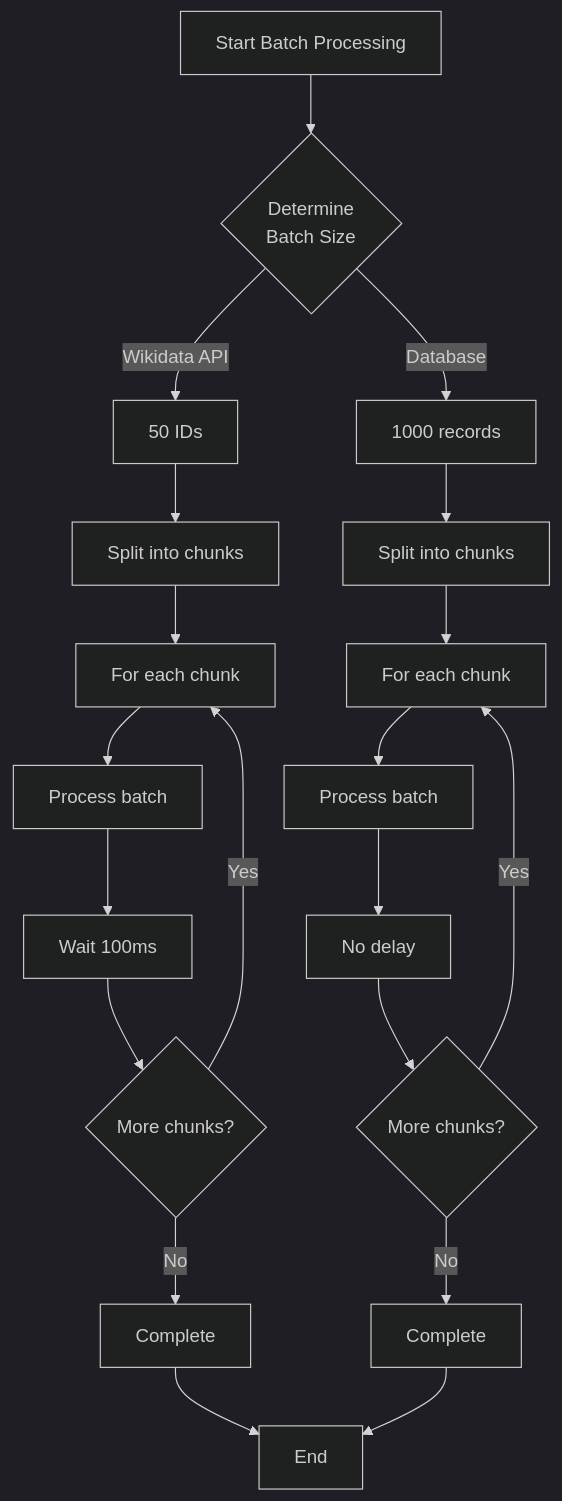
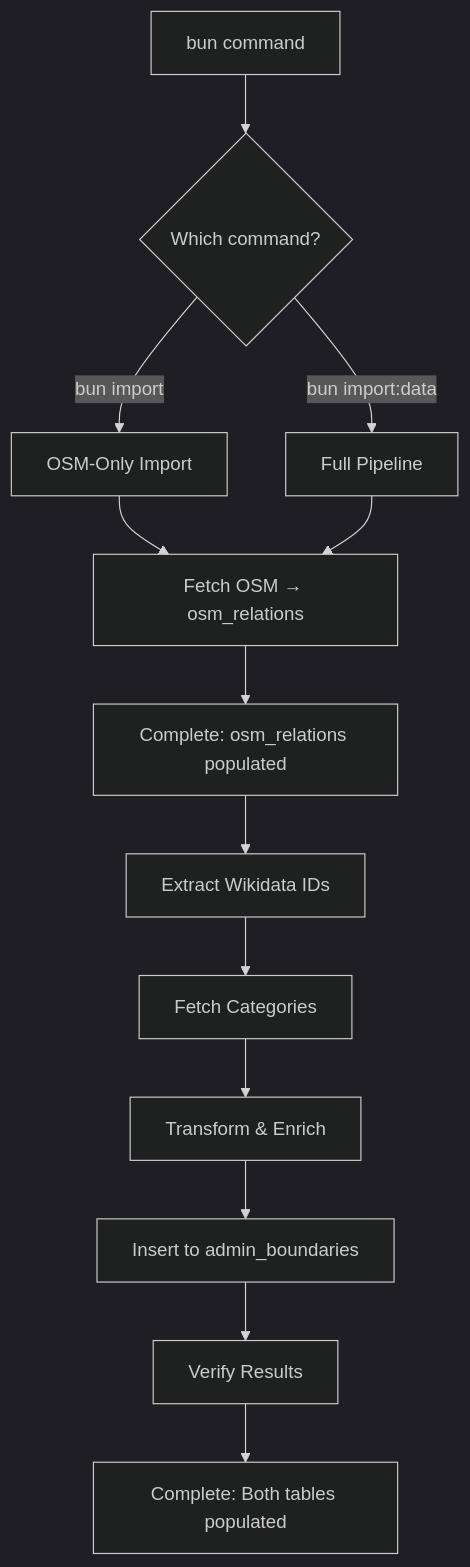
One commit to DaxServer/geocode-commons-categories changed the eighth of 8 diagrams in docs/import/data-flow.md. Above: the diagram before and after it, drawn with Mermaid (dark theme). The commit also changed other lines of this file and 11 other files, not shown here.

````diff
--- a/docs/import/data-flow.md
+++ b/docs/import/data-flow.md
@@ -405,31 +258,18 @@
 ```mermaid
-graph TD
-    START[Start Batch Processing] --> SIZE{Determine<br/>Batch Size}
+graph TB
+    CLI[bun command] --> DECISION{Which command?}
 
-    SIZE -->|Wikidata API| BATCH_WD[50 IDs]
-    SIZE -->|Database| BATCH_DB[1000 records]
+    DECISION -->|bun import| OSM_ONLY[OSM-Only Import]
+    DECISION -->|bun import:data| FULL_PIPELINE[Full Pipeline]
 
-    BATCH_WD --> SPLIT_WD[Split into chunks]
-    BATCH_DB --> SPLIT_DB[Split into chunks]
+    OSM_ONLY --> S1[Fetch OSM → osm_relations]
+    S1 --> OSM_DONE[Complete: osm_relations populated]
 
-    SPLIT_WD --> LOOP_WD[For each chunk]
-    SPLIT_DB --> LOOP_DB[For each chunk]
-
-    LOOP_WD --> PROCESS_WD[Process batch]
-    LOOP_DB --> PROCESS_DB[Process batch]
-
-    PROCESS_WD --> DELAY_WD[Wait 100ms]
-    PROCESS_DB --> NO_DELAY[No delay]
-
-    DELAY_WD --> MORE_WD{More chunks?}
-    NO_DELAY --> MORE_DB{More chunks?}
-
-    MORE_WD -->|Yes| LOOP_WD
-    MORE_DB -->|Yes| LOOP_DB
-
-    MORE_WD -->|No| COMPLETE_WD[Complete]
-    MORE_DB -->|No| COMPLETE_DB[Complete]
-
-    COMPLETE_WD --> END[End]
-    COMPLETE_DB --> END
+    FULL_PIPELINE --> S1
+    OSM_DONE --> S2[Extract Wikidata IDs]
+    S2 --> S3[Fetch Categories]
+    S3 --> S4[Transform & Enrich]
+    S4 --> S5[Insert to admin_boundaries]
+    S5 --> S6[Verify Results]
+    S6 --> PIPELINE_DONE[Complete: Both tables populated]
 ```
````
